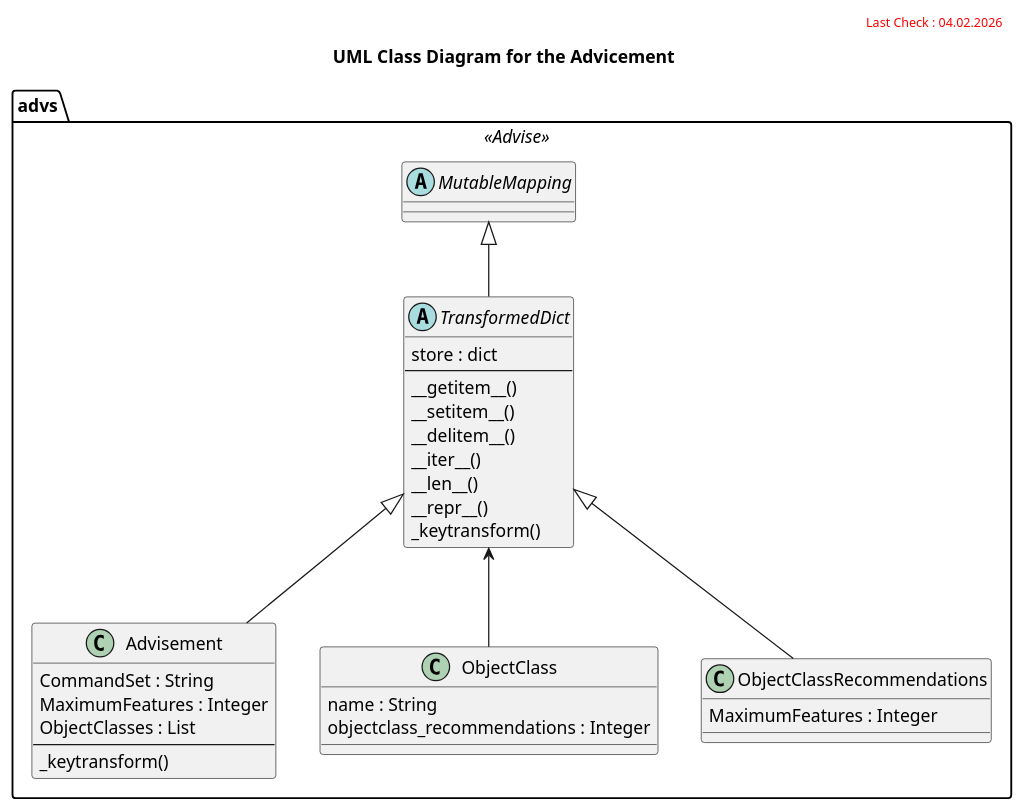
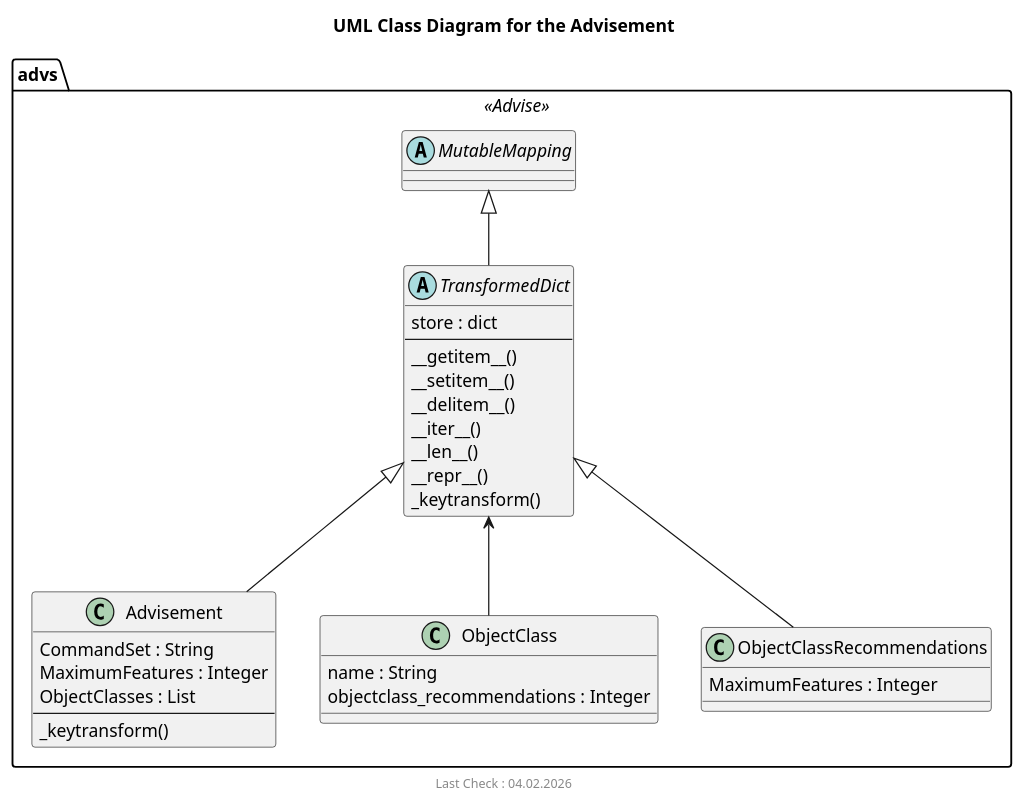
One commit to tum-gis/citydb-3dtiler changed the first of 3 diagrams in docs/developer_docs.md. Above: the diagram before and after it, drawn with PlantUML. The commit also changed other lines of this file and 2 other files, not shown here.

````diff
--- a/docs/developer_docs.md
+++ b/docs/developer_docs.md
@@ -22,41 +18,39 @@
 ```puml
 @startuml
-title UML Class Diagram for the Advicement
-header
-<font color=red size=10>Last Check : 04.02.2026</font>
-endheader
+title UML Class Diagram for the Advisement
+footer Last Check : 04.02.2026
 namespace advs <<Advise>> {
   abstract class MutableMapping {
   }
   abstract class TransformedDict {
     store : dict
     ---
     __getitem__()
     __setitem__()
     __delitem__()
     __iter__()
     __len__()
     __repr__()
     _keytransform()
   }
   TransformedDict -up-|> MutableMapping
   class Advisement {
     CommandSet : String
     MaximumFeatures : Integer
     ObjectClasses : List
     ---
     _keytransform()
   }
   Advisement -up-|> TransformedDict
   class ObjectClass {
     name : String
     objectclass_recommendations : Integer
   }
   ObjectClass -up-> TransformedDict
   class ObjectClassRecommendations {
     MaximumFeatures : Integer
   }
   ObjectClassRecommendations -up-|> TransformedDict
 }
 @enduml
 ```
````
